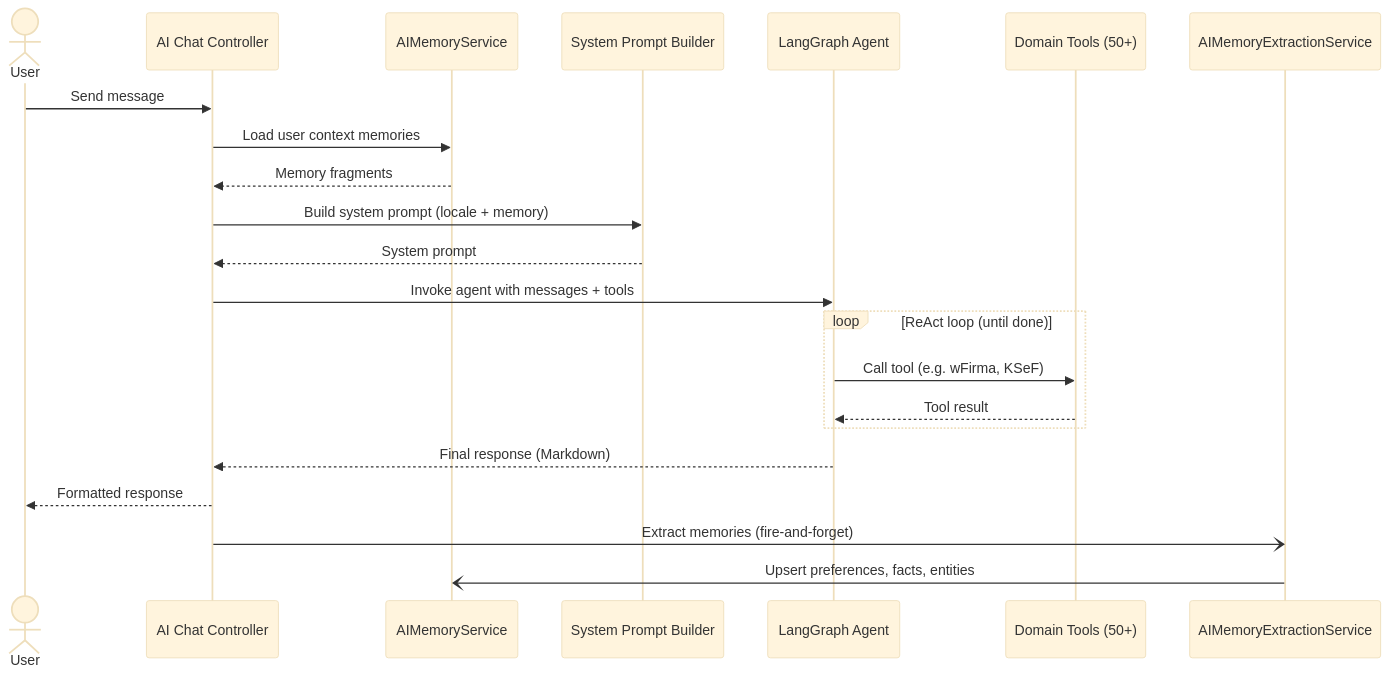
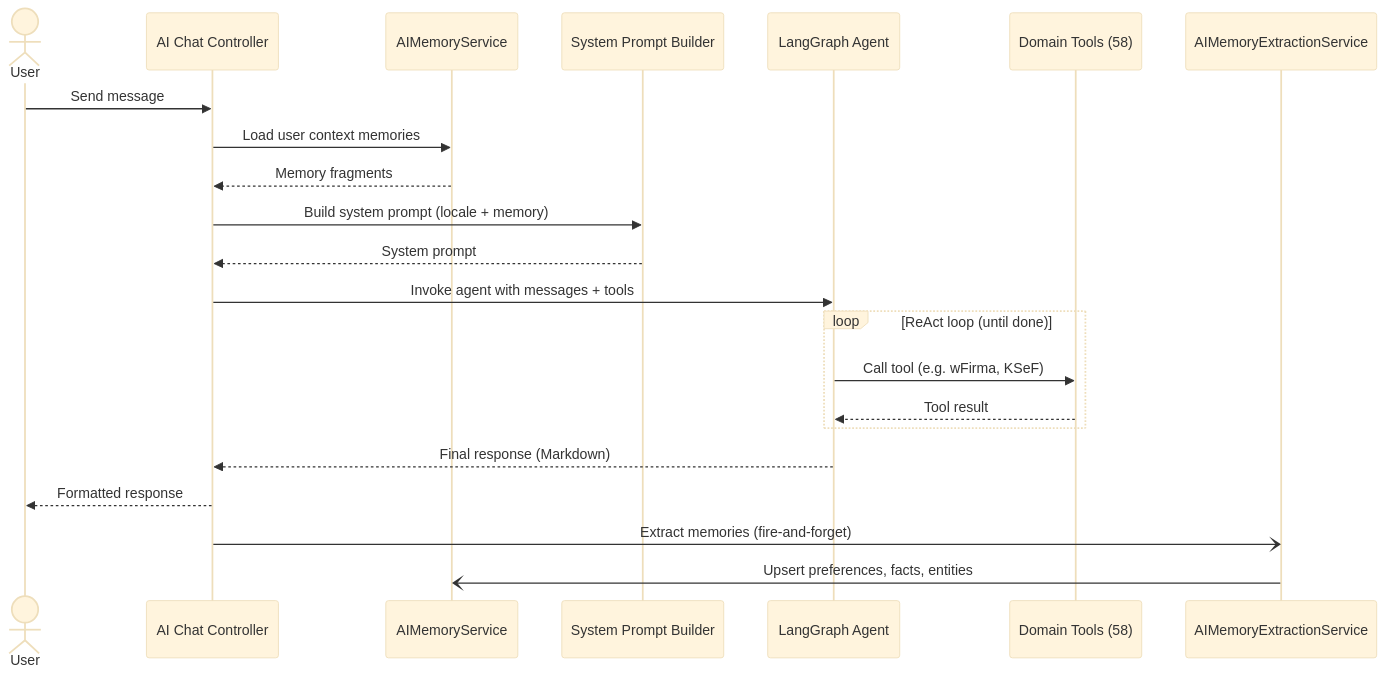
One commit to JealousyM/accounting-ai-agent changed the third of 3 diagrams in docs/ARCHITECTURE.md. Above: the diagram before and after it, drawn with Mermaid (base theme). The commit also changed other lines of this file and 8 other files, not shown here.

````diff
--- a/docs/ARCHITECTURE.md
+++ b/docs/ARCHITECTURE.md
@@ -214,27 +214,27 @@
 ```mermaid
 sequenceDiagram
     actor User
     participant Controller as AI Chat Controller
     participant Memory as AIMemoryService
     participant Prompt as System Prompt Builder
     participant Agent as LangGraph Agent
-    participant Tools as Domain Tools (50+)
+    participant Tools as Domain Tools (58)
     participant Extraction as AIMemoryExtractionService
 
     User->>Controller: Send message
     Controller->>Memory: Load user context memories
     Memory-->>Controller: Memory fragments
     Controller->>Prompt: Build system prompt (locale + memory)
     Prompt-->>Controller: System prompt
     Controller->>Agent: Invoke agent with messages + tools
 
     loop ReAct loop (until done)
         Agent->>Tools: Call tool (e.g. wFirma, KSeF)
         Tools-->>Agent: Tool result
     end
 
     Agent-->>Controller: Final response (Markdown)
     Controller-->>User: Formatted response
     Controller-)Extraction: Extract memories (fire-and-forget)
     Extraction-)Memory: Upsert preferences, facts, entities
 ```
````
